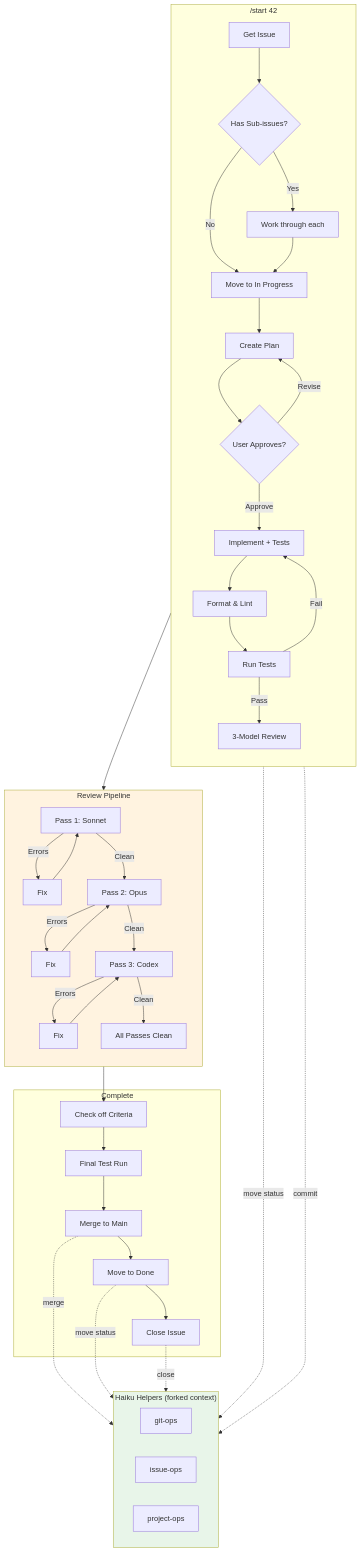
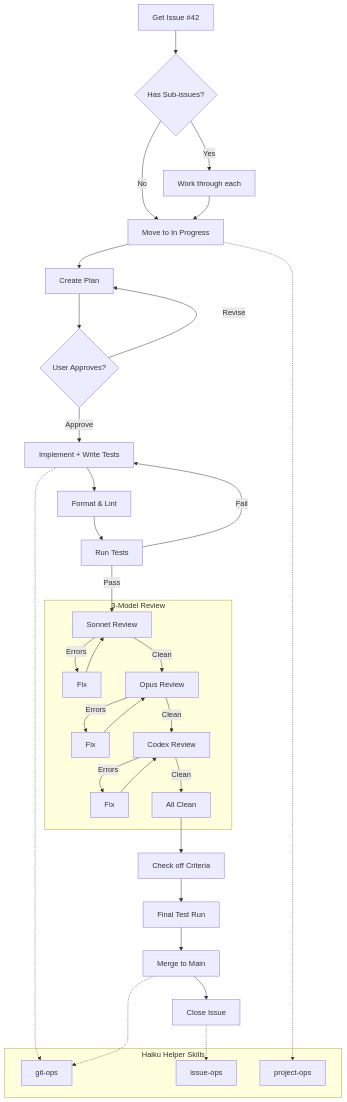
One commit to inceptyon-labs/PASIV changed the diagram in README.md. Above: the diagram before and after it, drawn with Mermaid.

Commit message:
fix: simplify Mermaid diagram for GitHub compatibility

````diff
--- a/README.md
+++ b/README.md
@@ -40,53 +40,42 @@
 ```mermaid
-flowchart TB
-    subgraph Start["/start 42"]
-        direction TB
-        A[Get Issue] --> B{Has Sub-issues?}
-        B -->|Yes| C[Work through each]
-        B -->|No| D[Move to In Progress]
-        C --> D
-        D --> E[Create Plan]
-        E --> F{User Approves?}
-        F -->|Revise| E
-        F -->|Approve| G[Implement + Tests]
-        G --> H[Format & Lint]
-        H --> I[Run Tests]
-        I -->|Fail| G
-        I -->|Pass| J[3-Model Review]
+flowchart TD
+    A[Get Issue #42] --> B{Has Sub-issues?}
+    B -->|Yes| C[Work through each]
+    B -->|No| D[Move to In Progress]
+    C --> D
+
+    D --> E[Create Plan]
+    E --> F{User Approves?}
+    F -->|Revise| E
+    F -->|Approve| G[Implement + Write Tests]
+
+    G --> H[Format & Lint]
+    H --> I[Run Tests]
+    I -->|Fail| G
+    I -->|Pass| R1
+
+    subgraph Review[3-Model Review]
+        R1[Sonnet Review] -->|Errors| R1F[Fix] --> R1
+        R1 -->|Clean| R2[Opus Review]
+        R2 -->|Errors| R2F[Fix] --> R2
+        R2 -->|Clean| R3[Codex Review]
+        R3 -->|Errors| R3F[Fix] --> R3
+        R3 -->|Clean| R4[All Clean]
     end
 
-    subgraph Review["Review Pipeline"]
-        direction TB
-        J --> K["Pass 1: Sonnet"]
-        K -->|Errors| K1[Fix] --> K
-        K -->|Clean| L["Pass 2: Opus"]
-        L -->|Errors| L1[Fix] --> L
-        L -->|Clean| M["Pass 3: Codex"]
-        M -->|Errors| M1[Fix] --> M
-        M -->|Clean| N[All Passes Clean]
-    end
+    R4 --> O[Check off Criteria]
+    O --> P[Final Test Run]
+    P --> Q[Merge to Main]
+    Q --> S[Close Issue]
 
-    subgraph Finish["Complete"]
-        N --> O[Check off Criteria]
-        O --> P[Final Test Run]
-        P --> Q[Merge to Main]
-        Q --> R[Move to Done]
-        R --> S[Close Issue]
-    end
-
-    subgraph Helpers["Haiku Helpers (forked context)"]
-        direction LR
+    subgraph Helpers[Haiku Helper Skills]
         H1[git-ops]
         H2[issue-ops]
         H3[project-ops]
     end
 
-    D -.->|"move status"| H3
-    G -.->|"commit"| H1
-    Q -.->|"merge"| H1
-    R -.->|"move status"| H3
-    S -.->|"close"| H2
-
-    style Helpers fill:#e8f5e9
-    style Review fill:#fff3e0
+    D -.-> H3
+    G -.-> H1
+    Q -.-> H1
+    S -.-> H2
 ```
````
